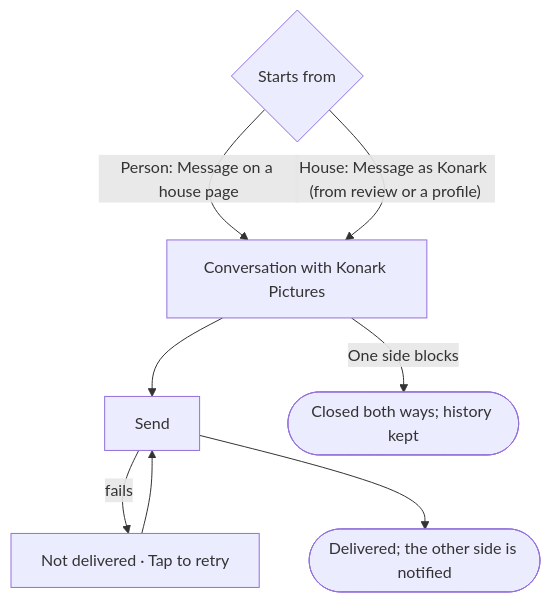
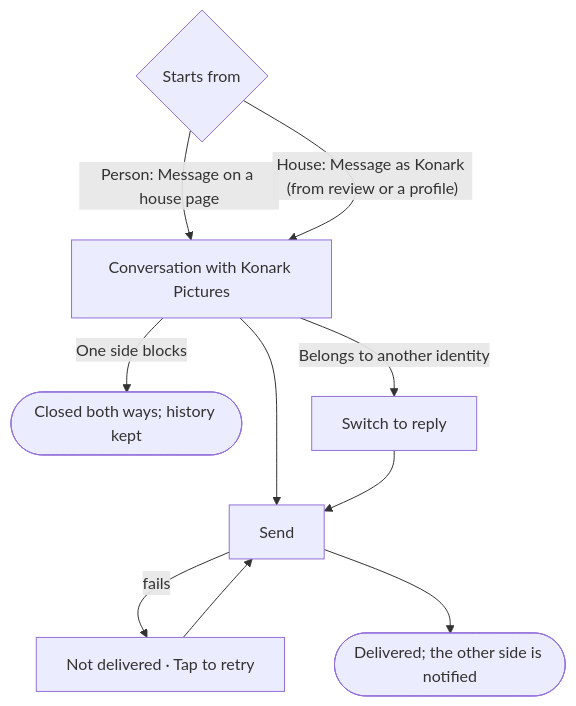
One commit to kirito-sketch/Art-Artist changed the eighth of 9 diagrams in docs/sunday/4-journeys.md. Above: the diagram before and after it, drawn with Mermaid. The commit also changed other lines of this file and 8 other files, not shown here.

````diff
--- a/docs/sunday/4-journeys.md
+++ b/docs/sunday/4-journeys.md
@@ -159,9 +160,10 @@
 ```mermaid
 flowchart TD
   A{"Starts from"} -- "Person: Message on a house page" --> C["Conversation with Konark Pictures"]
   A -- "House: Message as Konark (from review or a profile)" --> C
   C --> D["Send"]
   D -- "fails" --> D2["Not delivered · Tap to retry"] --> D
   D --> E(["Delivered; the other side is notified"])
   C -- "One side blocks" --> F(["Closed both ways; history kept"])
+  C -- "Belongs to another identity" --> G["Switch to reply"] --> D
 ```
````
